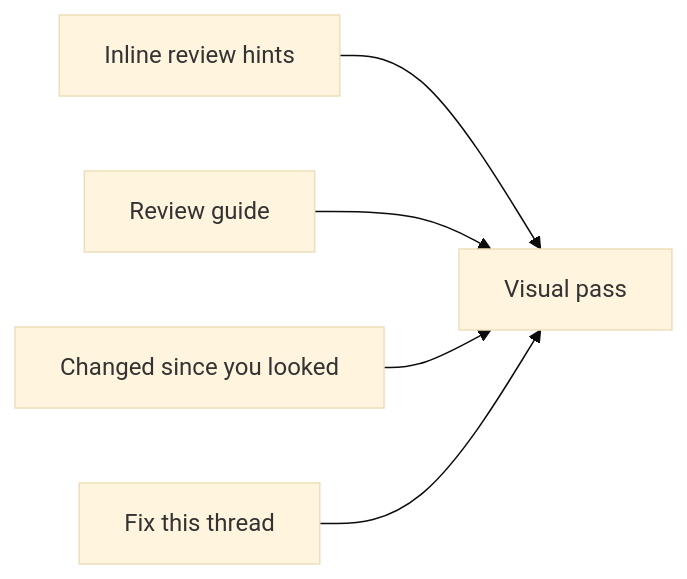
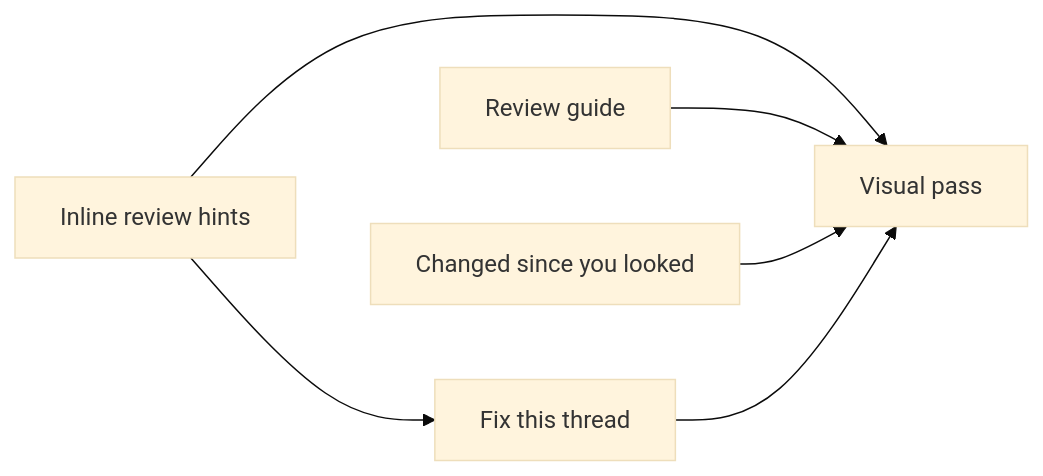
One commit to Kapps/weavie changed the diagram in docs/specs/pr-review-roadmap.md. Above: the diagram before and after it, drawn with Mermaid (base theme). The commit also changed other lines of this file and 1 other file, not shown here.

````diff
--- a/docs/specs/pr-review-roadmap.md
+++ b/docs/specs/pr-review-roadmap.md
@@ -12,7 +12,8 @@
 ```mermaid
 flowchart LR
   H[Inline review hints] --> V[Visual pass]
+  H --> F
   G[Review guide] --> V
   S[Changed since you looked] --> V
   F[Fix this thread] --> V
 ```
````
